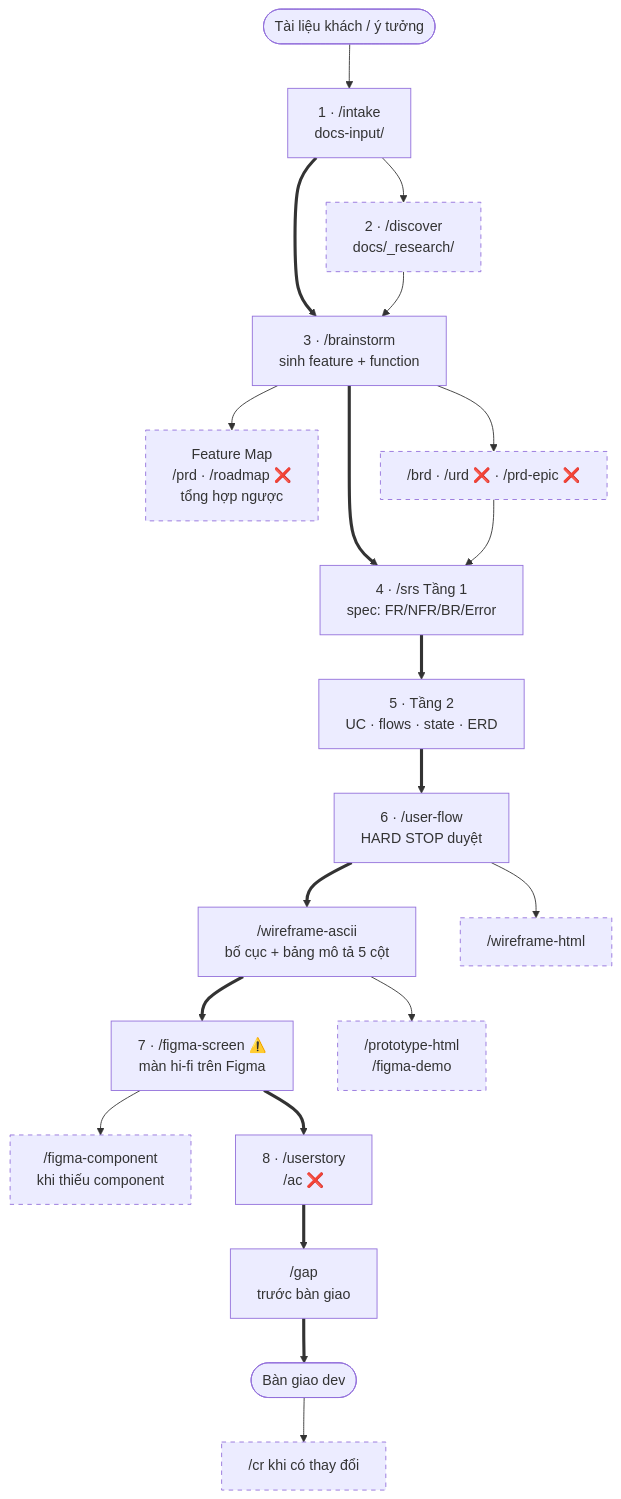
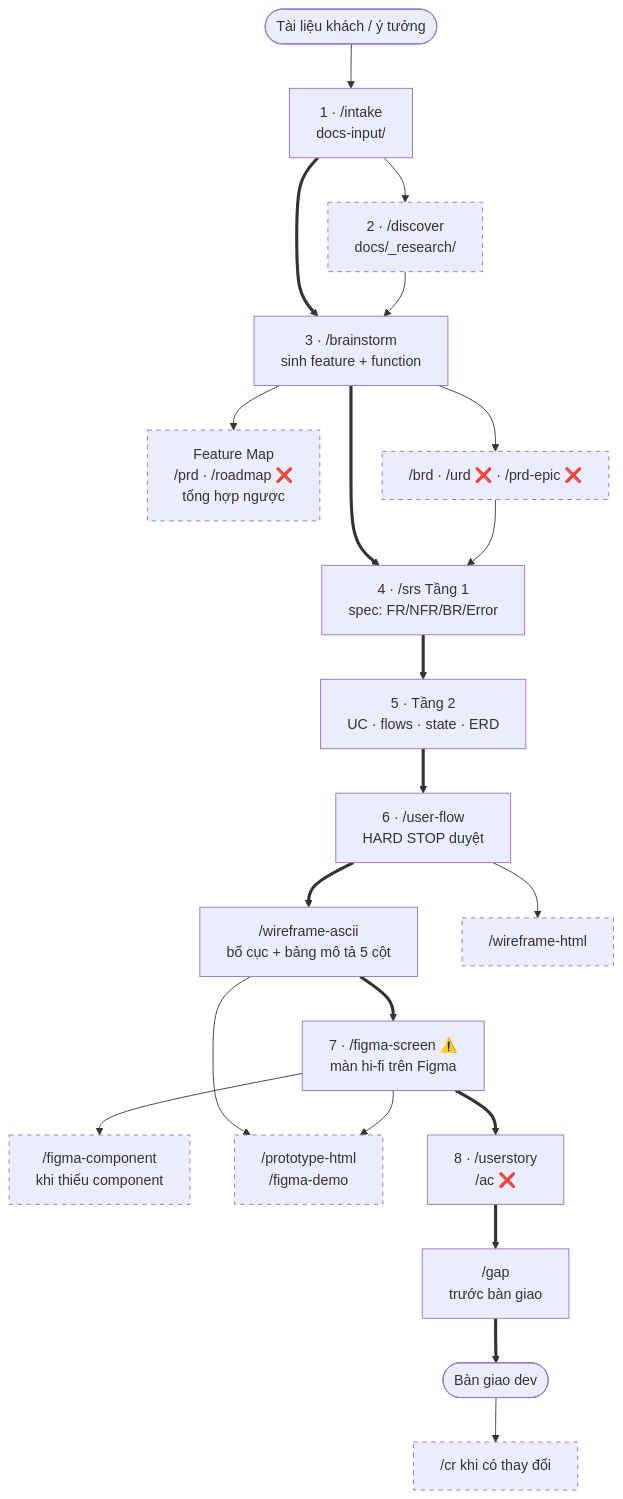
Before and after one commit to szitphan/invlogis: the diagram in _guides/pipeline.md, drawn with Mermaid. The commit also changed other lines of this file, not shown here.

````diff
--- a/_guides/pipeline.md
+++ b/_guides/pipeline.md
@@ -33,25 +33,26 @@
 ```mermaid
 flowchart TD
     Start(["Tài liệu khách / ý tưởng"]) --> IN["1 · /intake<br>docs-input/"]
     IN --> DIS["2 · /discover<br>docs/_research/"]
     IN ==> BS["3 · /brainstorm<br>sinh feature + function"]
     DIS --> BS
     BS --> FM["Feature Map<br>/prd · /roadmap ❌<br>tổng hợp ngược"]
     BS --> BRD["/brd · /urd ❌ · /prd-epic ❌"]
     BS ==> SRS["4 · /srs Tầng 1<br>spec: FR/NFR/BR/Error"]
     BRD --> SRS
     SRS ==> MOD["5 · Tầng 2<br>UC · flows · state · ERD"]
     MOD ==> UF["6 · /user-flow<br>HARD STOP duyệt"]
     UF ==> WA["/wireframe-ascii<br>bố cục + bảng mô tả 5 cột"]
     UF --> WH["/wireframe-html"]
     WA ==> FS["7 · /figma-screen ⚠️<br>màn hi-fi trên Figma"]
     FS --> FC["/figma-component<br>khi thiếu component"]
     WA --> PH["/prototype-html<br>/figma-demo"]
+    FS --> PH
     FS ==> US["8 · /userstory<br>/ac ❌"]
     US ==> GAP["/gap<br>trước bàn giao"]
     GAP ==> Done(["Bàn giao dev"])
     Done --> CR["/cr khi có thay đổi"]
 
     classDef opt stroke-dasharray: 5 5
     class DIS,FM,BRD,WH,FC,PH,CR opt
 ```
````
